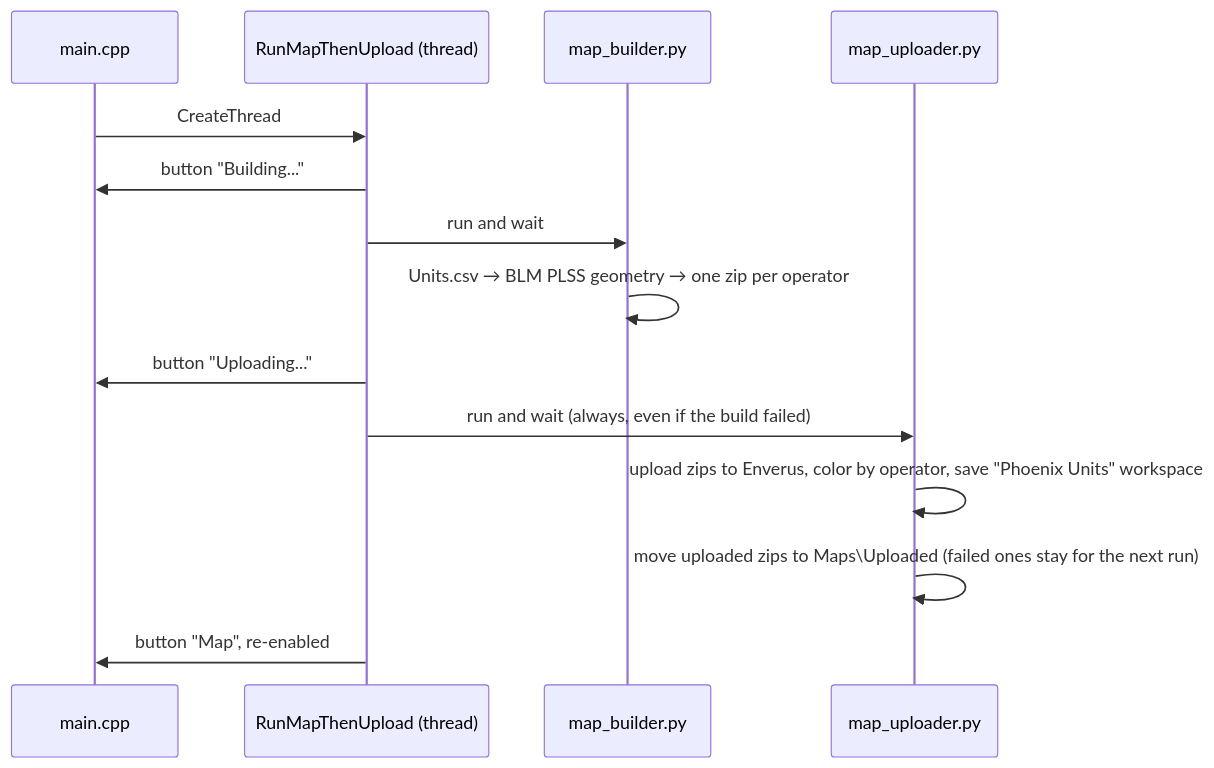
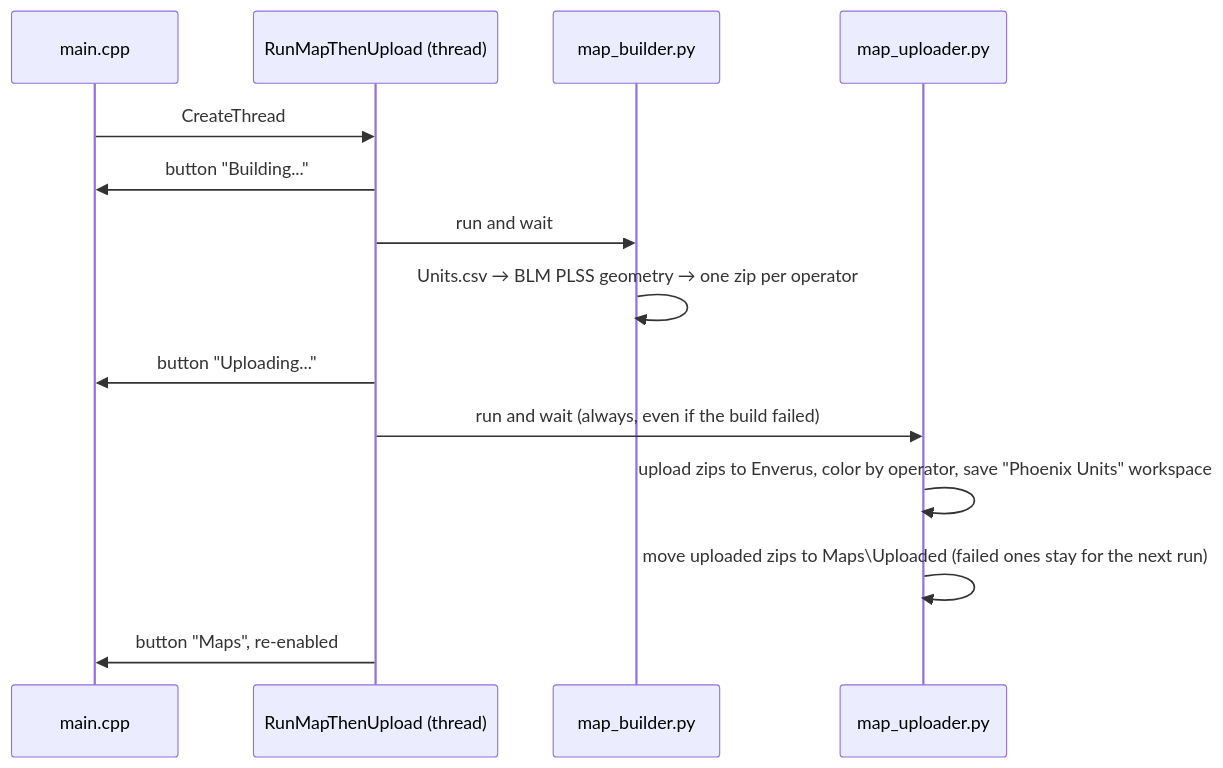
Before and after one commit to GMSthesecond/phx_cpp: the fifth of 11 diagrams in docs/ARCHITECTURE.md, drawn with Mermaid. The commit also changed other lines of this file and 71 other files, not shown here.

````diff
--- a/docs/ARCHITECTURE.md
+++ b/docs/ARCHITECTURE.md
@@ -201,16 +246,16 @@
 ```mermaid
 sequenceDiagram
     participant M as main.cpp
     participant T as RunMapThenUpload (thread)
     participant B as map_builder.py
     participant UP as map_uploader.py
     M->>T: CreateThread
     T->>M: button "Building..."
     T->>B: run and wait
     B->>B: Units.csv → BLM PLSS geometry → one zip per operator
     T->>M: button "Uploading..."
     T->>UP: run and wait (always, even if the build failed)
     UP->>UP: upload zips to Enverus, color by operator, save "Phoenix Units" workspace
     UP->>UP: move uploaded zips to Maps\Uploaded (failed ones stay for the next run)
-    T->>M: button "Map", re-enabled
+    T->>M: button "Maps", re-enabled
 ```
````
